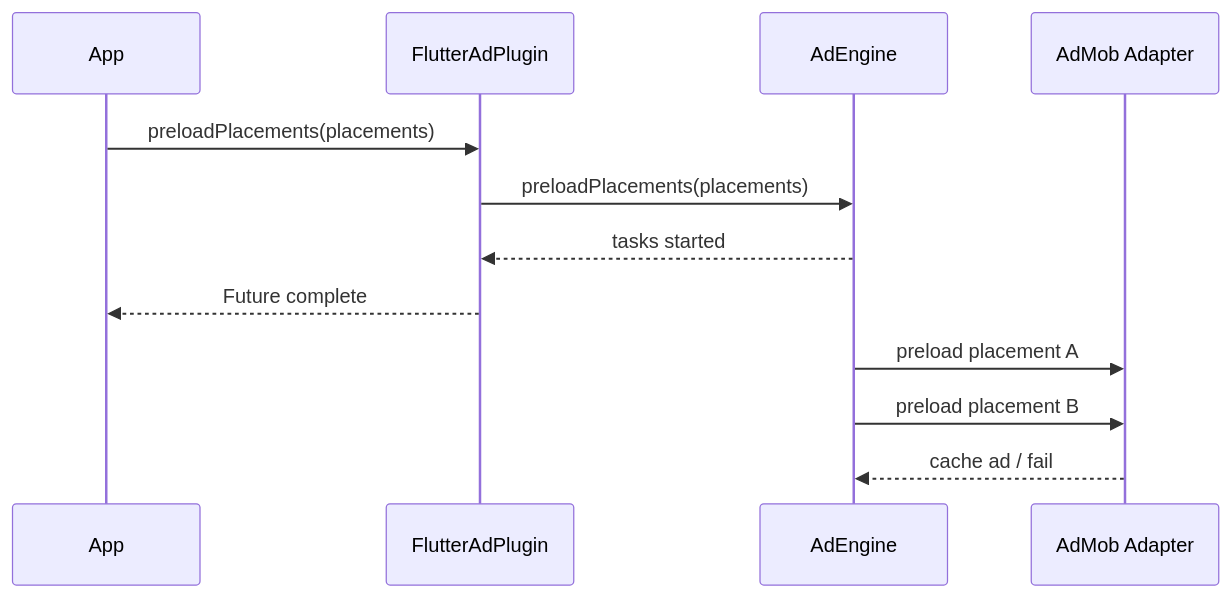
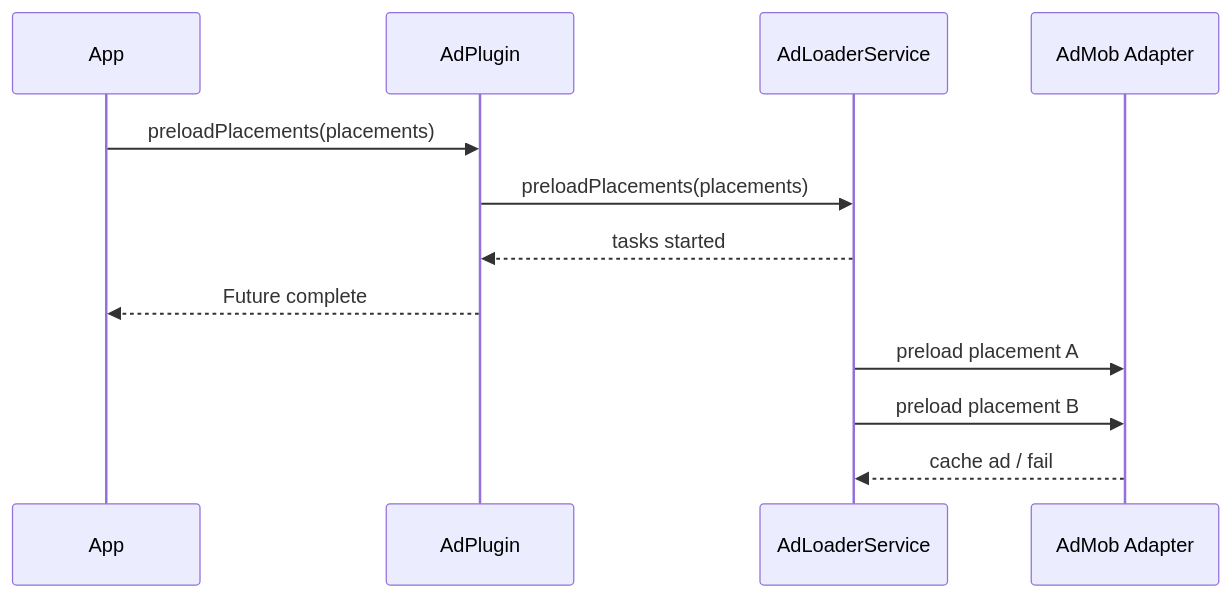
Before and after one commit to yanmingLiu/flutter_ad_plugin: the third of 8 diagrams in README.md, drawn with Mermaid. The commit also changed other lines of this file and 31 other files, not shown here.

````diff
--- a/README.md
+++ b/README.md
@@ -643,15 +684,15 @@
 ```mermaid
 sequenceDiagram
   participant App
-  participant Plugin as FlutterAdPlugin
-  participant Engine as AdEngine
+  participant Plugin as AdPlugin
+  participant Engine as AdLoaderService
   participant Adapter as AdMob Adapter
 
   App->>Plugin: preloadPlacements(placements)
   Plugin->>Engine: preloadPlacements(placements)
   Engine-->>Plugin: tasks started
   Plugin-->>App: Future complete
   Engine->>Adapter: preload placement A
   Engine->>Adapter: preload placement B
   Adapter-->>Engine: cache ad / fail
 ```
````
